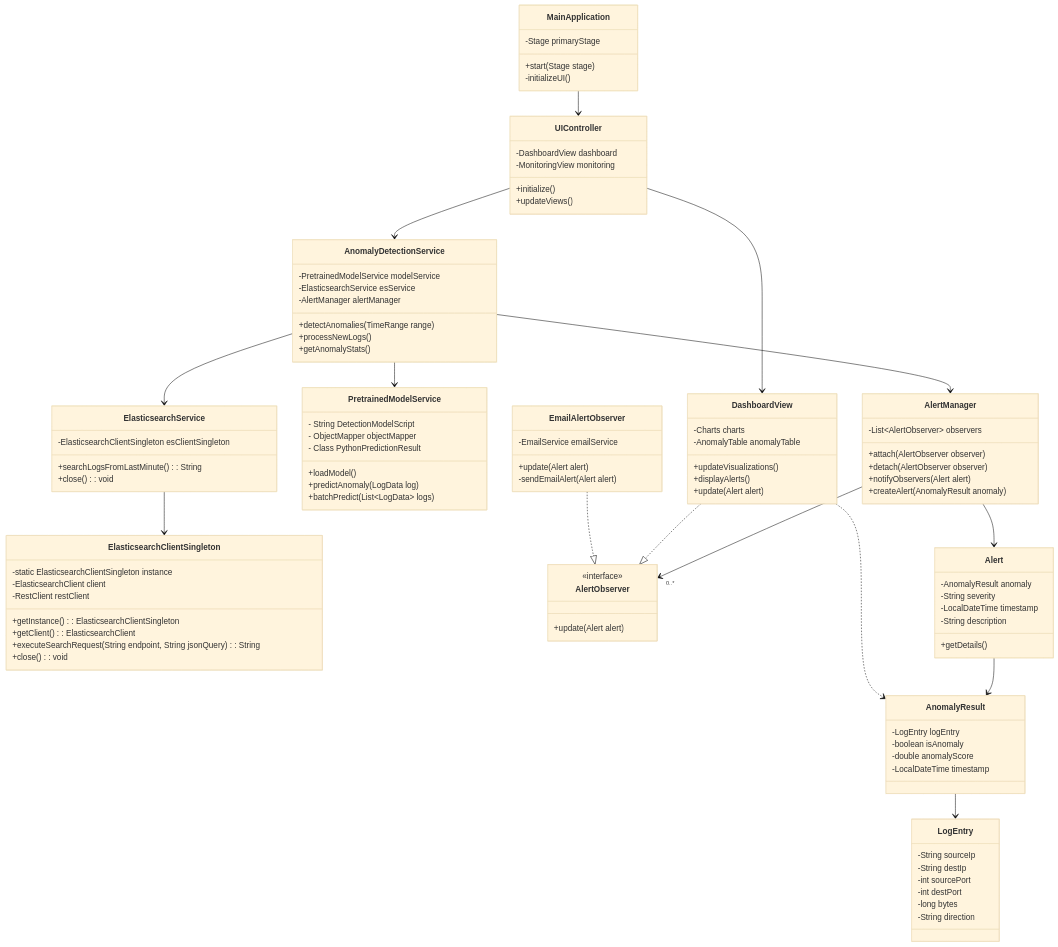
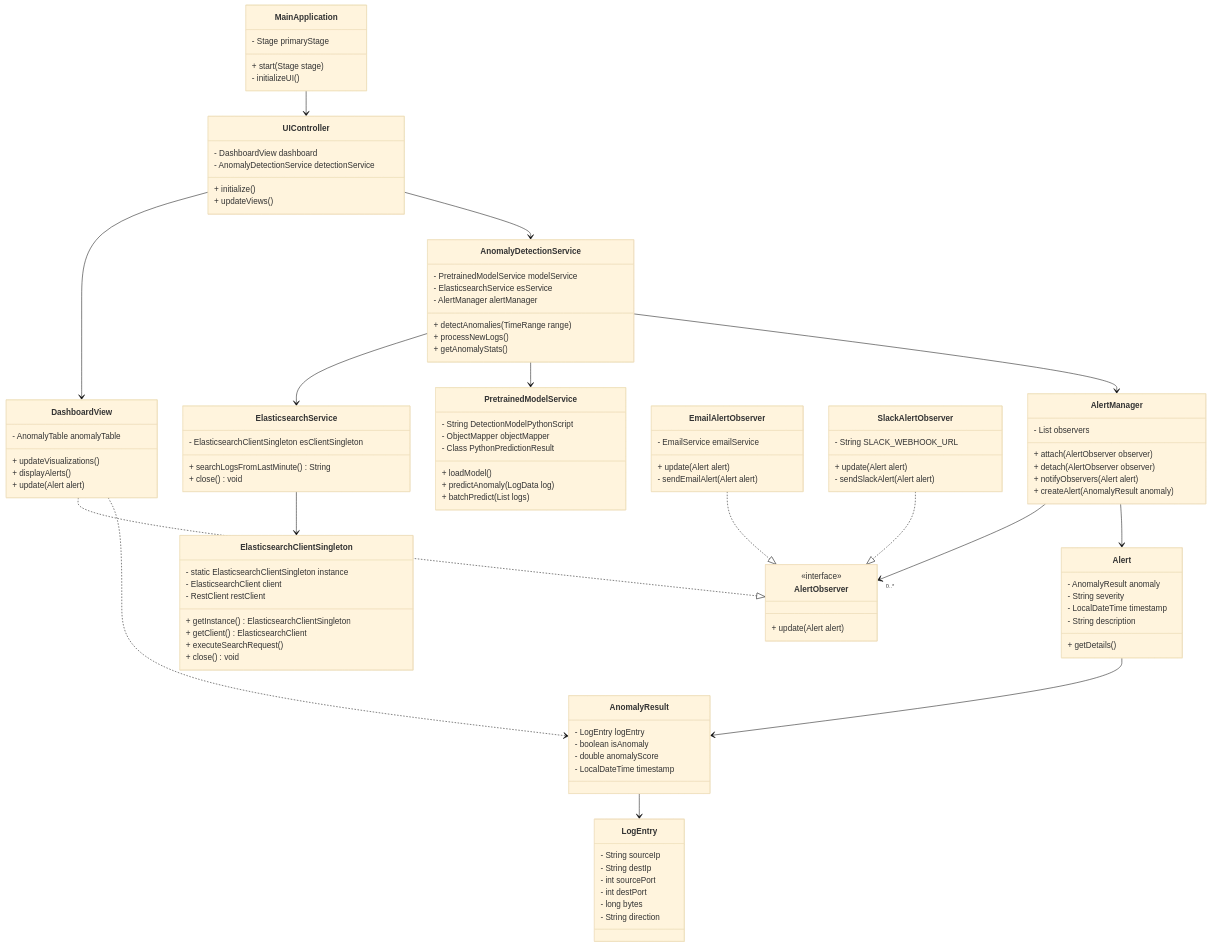
Before and after one commit to omarelkadiri/AnomalyDetection_AI: the diagram in src/main/java/com/example/anomalydetection/ClassDiagram.mermaid, drawn with Mermaid (base theme). The commit also changed 8 other files, not shown here.

```diff
--- a/src/main/java/com/example/anomalydetection/ClassDiagram.mermaid
+++ b/src/main/java/com/example/anomalydetection/ClassDiagram.mermaid
@@ -1,115 +1,121 @@
 classDiagram
+    direction TB
     class MainApplication {
-        -Stage primaryStage
-        +start(Stage stage)
-        -initializeUI()
+        - Stage primaryStage
+        + start(Stage stage)
+        - initializeUI()
     }
-    
+
     class UIController {
-        -DashboardView dashboard
-        -MonitoringView monitoring
-        +initialize()
-        +updateViews()
+        - DashboardView dashboard
+        - AnomalyDetectionService detectionService
+        + initialize()
+        + updateViews()
     }
-    
- class ElasticsearchService {
-        -ElasticsearchClientSingleton esClientSingleton
-        +searchLogsFromLastMinute(): String
-        +close(): void
+
+    class ElasticsearchService {
+        - ElasticsearchClientSingleton esClientSingleton
+        + searchLogsFromLastMinute() String
+        + close() void
     }
 
     class ElasticsearchClientSingleton {
-        -static ElasticsearchClientSingleton instance
-        -ElasticsearchClient client
-        -RestClient restClient
-        +getInstance(): ElasticsearchClientSingleton
-        +getClient(): ElasticsearchClient
-        +executeSearchRequest(String endpoint, String jsonQuery): String
-        +close(): void
+        - static ElasticsearchClientSingleton instance
+        - ElasticsearchClient client
+        - RestClient restClient
+        + getInstance() ElasticsearchClientSingleton
+        + getClient() ElasticsearchClient
+        + executeSearchRequest()
+        + close() void
     }
-    
+
     class PretrainedModelService {
-        - String DetectionModelScript
+        - String DetectionModelPythonScript
         - ObjectMapper objectMapper
         - Class PythonPredictionResult
-        +loadModel()
-        +predictAnomaly(LogData log)
-        +batchPredict(List~LogData~ logs)
-    }
-    
-
-
-    class AlertManager {
-        -List~AlertObserver~ observers
-        +attach(AlertObserver observer)
-        +detach(AlertObserver observer)
-        +notifyObservers(Alert alert)
-        +createAlert(AnomalyResult anomaly)
+        + loadModel()
+        + predictAnomaly(LogData log)
+        + batchPredict(List logs)
     }
 
     class AlertObserver {
-        <<interface>>
-        +update(Alert alert)
+        + update(Alert alert)
     }
 
     class DashboardView {
-        -Charts charts
-        -AnomalyTable anomalyTable
-        +updateVisualizations()
-        +displayAlerts()
-        +update(Alert alert)
+        - AnomalyTable anomalyTable
+        + updateVisualizations()
+        + displayAlerts()
+        + update(Alert alert)
     }
 
     class EmailAlertObserver {
-        -EmailService emailService
-        +update(Alert alert)
-        -sendEmailAlert(Alert alert)
+        - EmailService emailService
+        + update(Alert alert)
+        - sendEmailAlert(Alert alert)
     }
 
     class Alert {
-        -AnomalyResult anomaly
-        -String severity
-        -LocalDateTime timestamp
-        -String description
-        +getDetails()
+        - AnomalyResult anomaly
+        - String severity
+        - LocalDateTime timestamp
+        - String description
+        + getDetails()
+    }
+
+    class SlackAlertObserver {
+        - String SLACK_WEBHOOK_URL
+        + update(Alert alert)
+        - sendSlackAlert(Alert alert)
     }
 
     class AnomalyDetectionService {
-        -PretrainedModelService modelService
-        -ElasticsearchService esService
-        -AlertManager alertManager
-        +detectAnomalies(TimeRange range)
-        +processNewLogs()
-        +getAnomalyStats()
+        - PretrainedModelService modelService
+        - ElasticsearchService esService
+        - AlertManager alertManager
+        + detectAnomalies(TimeRange range)
+        + processNewLogs()
+        + getAnomalyStats()
     }
 
     class LogEntry {
-        -String sourceIp
-        -String destIp
-        -int sourcePort
-        -int destPort
-        -long bytes
-        -String direction
+        - String sourceIp
+        - String destIp
+        - int sourcePort
+        - int destPort
+        - long bytes
+        - String direction
     }
-    
+
     class AnomalyResult {
-        -LogEntry logEntry
-        -boolean isAnomaly
-        -double anomalyScore
-        -LocalDateTime timestamp
+        - LogEntry logEntry
+        - boolean isAnomaly
+        - double anomalyScore
+        - LocalDateTime timestamp
     }
+
+    class AlertManager {
+        - List observers
+        + attach(AlertObserver observer)
+        + detach(AlertObserver observer)
+        + notifyObservers(Alert alert)
+        + createAlert(AnomalyResult anomaly)
+    }
+
+    <<interface>> AlertObserver
 
     MainApplication --> UIController
     UIController --> DashboardView
     UIController --> AnomalyDetectionService
     AnomalyDetectionService --> ElasticsearchService
     ElasticsearchService --> ElasticsearchClientSingleton
     AnomalyDetectionService --> PretrainedModelService
     AnomalyDetectionService --> AlertManager
     AlertManager --> "0..*" AlertObserver
     DashboardView ..|> AlertObserver
     EmailAlertObserver ..|> AlertObserver
+    SlackAlertObserver ..|> AlertObserver
     AlertManager --> Alert
     Alert --> AnomalyResult
     DashboardView ..> AnomalyResult
     AnomalyResult --> LogEntry
```
